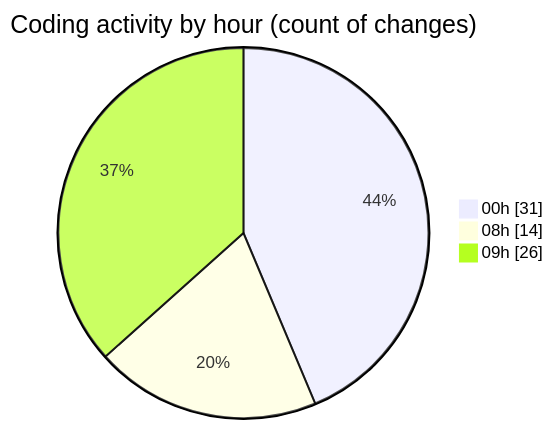
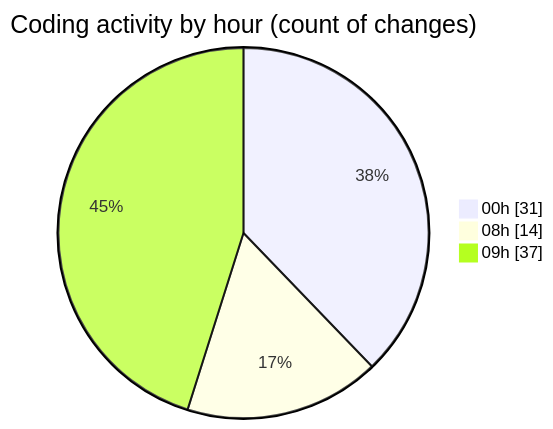
The second of 2 diagrams in 2025-08-03/studybuddy/README.md (lephambinh05/code-tracking), drawn with Mermaid before and after one commit. The commit also changed other lines of this file and 1 other file, not shown here.

````diff
--- a/2025-08-03/studybuddy/README.md
+++ b/2025-08-03/studybuddy/README.md
@@ -60,7 +62,7 @@
 ```mermaid
 pie showData
 title Coding activity by hour (count of changes)
 "00h" : 31
 "08h" : 14
-"09h" : 26
+"09h" : 37
 ```
````
